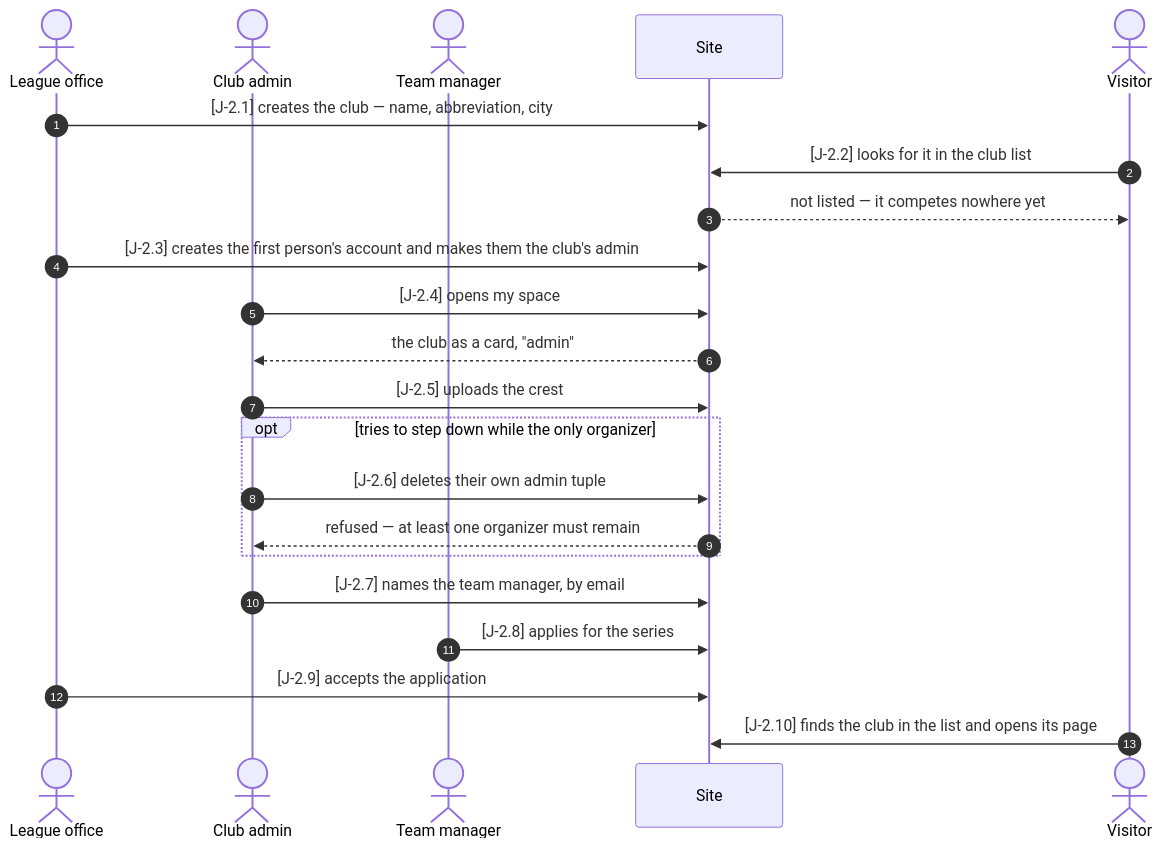
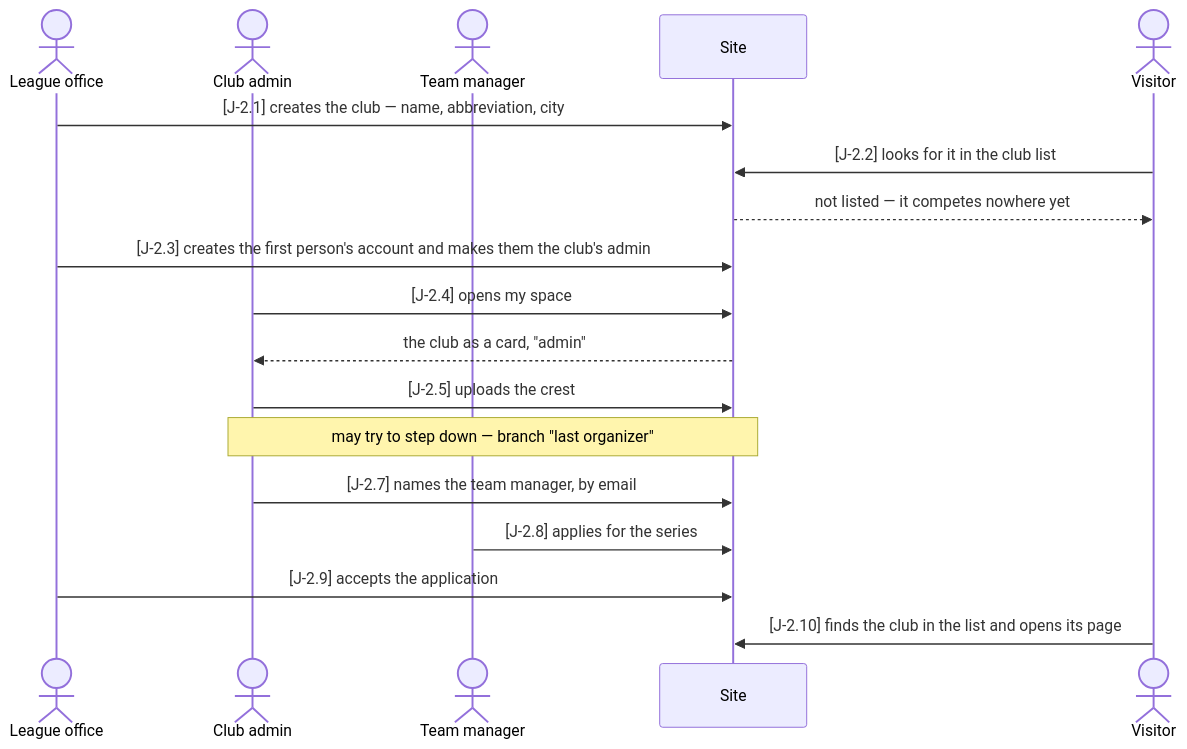
Before and after one commit to gundramleifert/segel-bundesliga: the first of 2 diagrams in docs/journeys/club.md, drawn with Mermaid. The commit also changed other lines of this file and 10 other files, not shown here.

First line of the commit message:
Journeys: one diagram per way through, never an opt/alt block

````diff
--- a/docs/journeys/club.md
+++ b/docs/journeys/club.md
@@ -15,25 +17,21 @@
 ```mermaid
 sequenceDiagram
-  autonumber
   actor A as League office
   actor CA as Club admin
   actor TM as Team manager
   participant P as Site
   actor V as Visitor
 
   A->>P: [J-2.1] creates the club — name, abbreviation, city
   V->>P: [J-2.2] looks for it in the club list
   P-->>V: not listed — it competes nowhere yet
   A->>P: [J-2.3] creates the first person's account and makes them the club's admin
   CA->>P: [J-2.4] opens my space
   P-->>CA: the club as a card, "admin"
   CA->>P: [J-2.5] uploads the crest
-  opt tries to step down while the only organizer
-    CA->>P: [J-2.6] deletes their own admin tuple
-    P-->>CA: refused — at least one organizer must remain
-  end
+  Note over CA,P: may try to step down — branch "last organizer"
   CA->>P: [J-2.7] names the team manager, by email
   TM->>P: [J-2.8] applies for the series
   A->>P: [J-2.9] accepts the application
   V->>P: [J-2.10] finds the club in the list and opens its page
 ```
````
